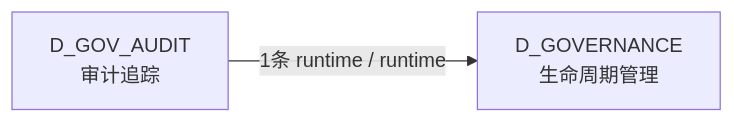
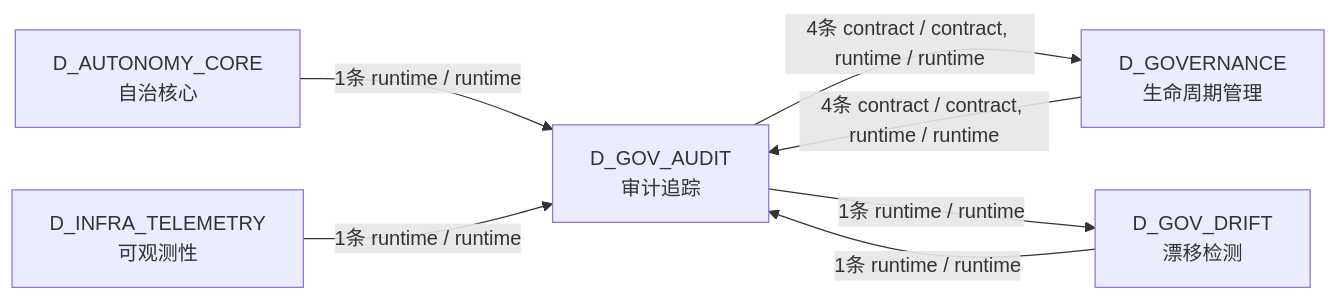
One commit to xuanFelixVan/ZephyrAlpha changed the third of 3 diagrams in docs/02_enterprise_architecture/02_domain_architecture_docs/32_d_gov_audit.md. Above: the diagram before and after it, drawn with Mermaid. The commit also changed other lines of this file and 100 other files, not shown here.

````diff
--- a/docs/02_enterprise_architecture/02_domain_architecture_docs/32_d_gov_audit.md
+++ b/docs/02_enterprise_architecture/02_domain_architecture_docs/32_d_gov_audit.md
@@ -129,6 +171,14 @@
 ```mermaid
 graph LR
     D_GOV_AUDIT["D_GOV_AUDIT<br/>审计追踪"]
     D_GOVERNANCE["D_GOVERNANCE<br/>生命周期管理"]
-    D_GOV_AUDIT -->|1条 runtime / runtime| D_GOVERNANCE
+    D_GOV_DRIFT["D_GOV_DRIFT<br/>漂移检测"]
+    D_AUTONOMY_CORE["D_AUTONOMY_CORE<br/>自治核心"]
+    D_INFRA_TELEMETRY["D_INFRA_TELEMETRY<br/>可观测性"]
+    D_GOV_AUDIT -->|4条 contract / contract, runtime / runtime| D_GOVERNANCE
+    D_GOV_AUDIT -->|1条 runtime / runtime| D_GOV_DRIFT
+    D_GOVERNANCE -->|4条 contract / contract, runtime / runtime| D_GOV_AUDIT
+    D_AUTONOMY_CORE -->|1条 runtime / runtime| D_GOV_AUDIT
+    D_GOV_DRIFT -->|1条 runtime / runtime| D_GOV_AUDIT
+    D_INFRA_TELEMETRY -->|1条 runtime / runtime| D_GOV_AUDIT
 ```
````
